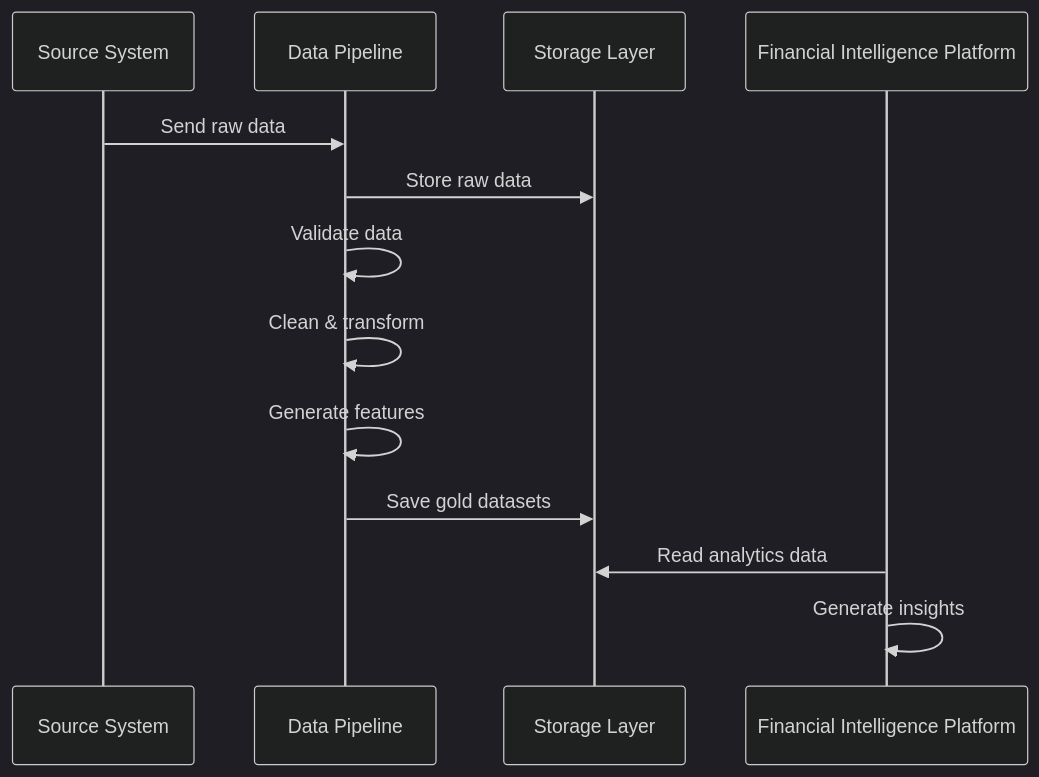
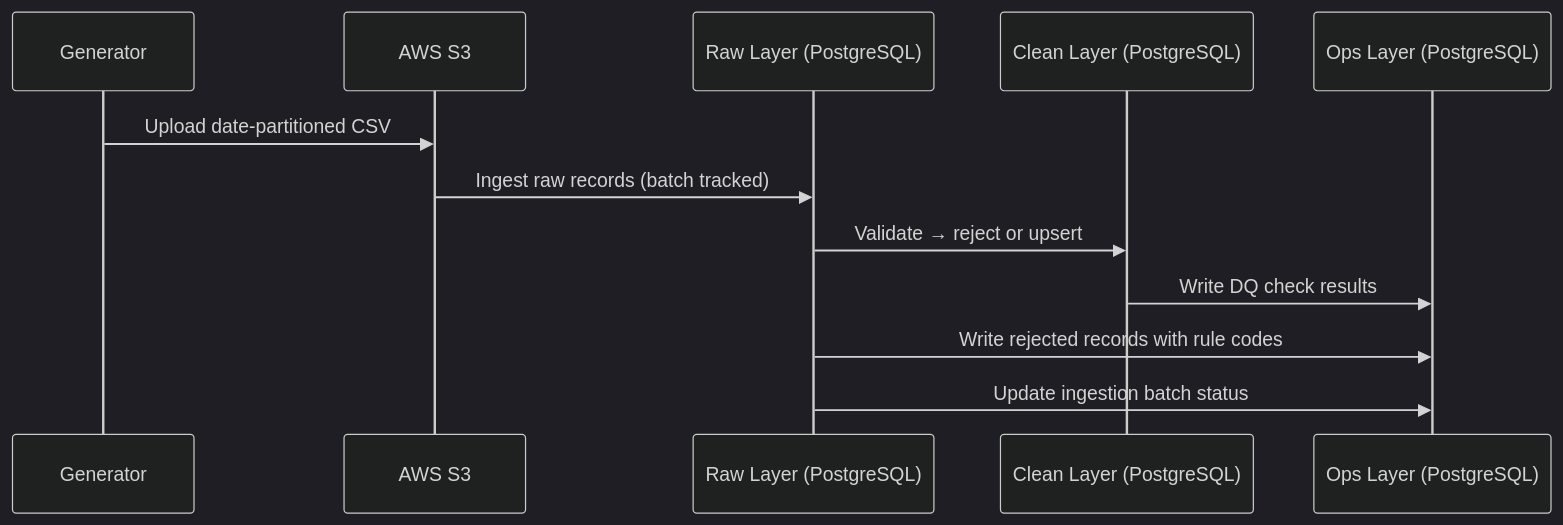
Before and after one commit to TokeloWarior/Financial-Intelligence-Platform---Data-Pipeline: the second of 2 diagrams in README.md, drawn with Mermaid (dark theme). The commit also changed other lines of this file, not shown here.

````diff
--- a/README.md
+++ b/README.md
@@ -81,16 +100,15 @@
 ```mermaid
 sequenceDiagram
-        participant Source as Source System
-        participant Pipeline as Data Pipeline
-        participant Storage as Storage Layer
-        participant FIP as Financial Intelligence Platform
+        participant Gen as Generator
+        participant S3 as AWS S3
+        participant Raw as Raw Layer (PostgreSQL)
+        participant Clean as Clean Layer (PostgreSQL)
+        participant Ops as Ops Layer (PostgreSQL)
 
-        Source->>Pipeline: Send raw data
-        Pipeline->>Storage: Store raw data
-        Pipeline->>Pipeline: Validate data
-        Pipeline->>Pipeline: Clean & transform
-        Pipeline->>Pipeline: Generate features
-        Pipeline->>Storage: Save gold datasets
-        FIP->>Storage: Read analytics data
-        FIP->>FIP: Generate insights
+        Gen->>S3: Upload date-partitioned CSV
+        S3->>Raw: Ingest raw records (batch tracked)
+        Raw->>Clean: Validate → reject or upsert
+        Clean->>Ops: Write DQ check results
+        Raw->>Ops: Write rejected records with rule codes
+        Raw->>Ops: Update ingestion batch status
 ```
````
